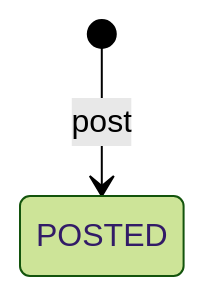
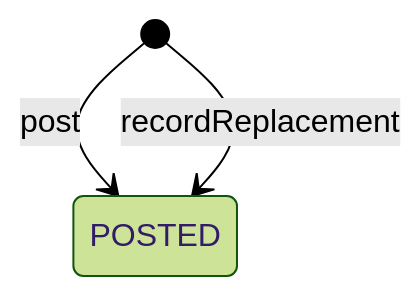
One commit to daidaiiro-519/waffle changed the diagram in .waffle/specs/bc-artifact-share/aggregate/agg-comment.md. Above: the diagram before and after it, drawn with Mermaid (forest theme). The commit also changed other lines of this file and 6 other files, not shown here.

````diff
--- a/.waffle/specs/bc-artifact-share/aggregate/agg-comment.md
+++ b/.waffle/specs/bc-artifact-share/aggregate/agg-comment.md
@@ -104,4 +115,5 @@
 ```mermaid
 stateDiagram-v2
     [*] --> POSTED: post
+    [*] --> POSTED: recordReplacement
 ```
````
